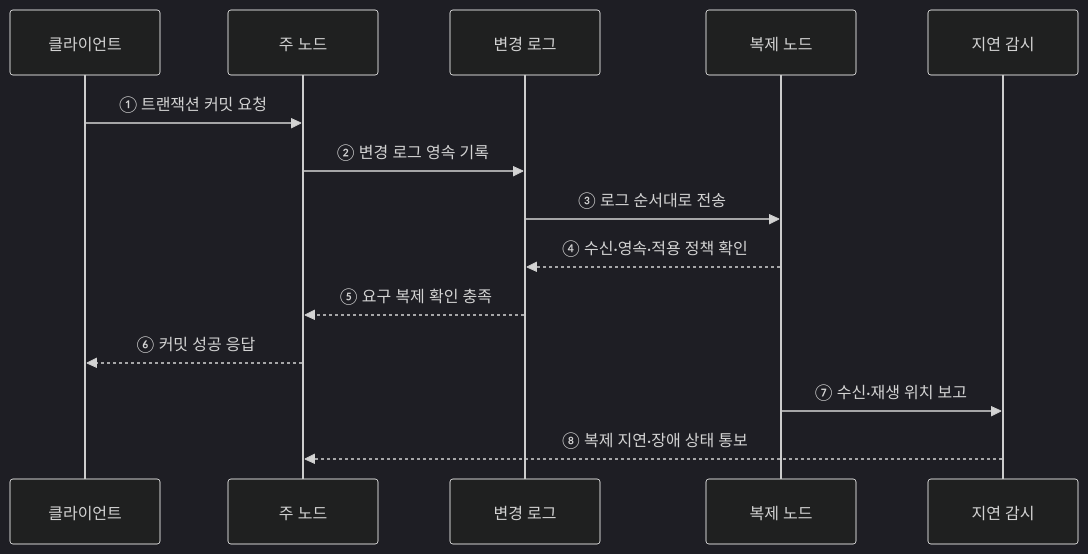
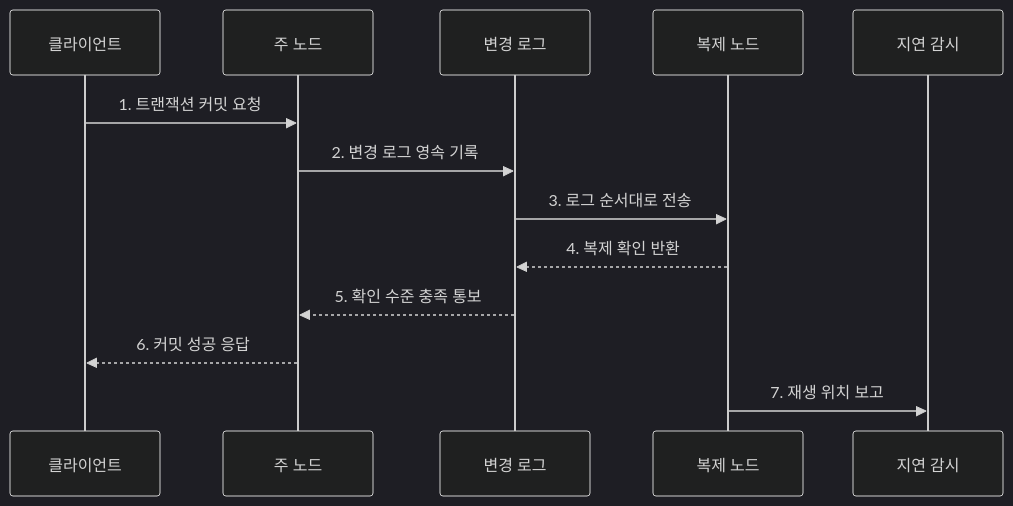
Before and after one commit to agnusdei1207/knowledge-base: the second of 2 diagrams in src/content/docs/notes/03-software/100_database_replication.md, drawn with Mermaid (dark theme). The commit also changed other lines of this file and 20 other files, not shown here.

````diff
--- a/src/content/docs/notes/03-software/100_database_replication.md
+++ b/src/content/docs/notes/03-software/100_database_replication.md
@@ -71,16 +77,15 @@
 ```mermaid
 sequenceDiagram
     participant C as 클라이언트
     participant P as 주 노드
     participant L as 변경 로그
     participant R as 복제 노드
     participant M as 지연 감시
-    C->>P: ① 트랜잭션 커밋 요청
-    P->>L: ② 변경 로그 영속 기록
-    L->>R: ③ 로그 순서대로 전송
-    R-->>L: ④ 수신·영속·적용 정책 확인
-    L-->>P: ⑤ 요구 복제 확인 충족
-    P-->>C: ⑥ 커밋 성공 응답
-    R->>M: ⑦ 수신·재생 위치 보고
-    M-->>P: ⑧ 복제 지연·장애 상태 통보
+    C->>P: 1. 트랜잭션 커밋 요청
+    P->>L: 2. 변경 로그 영속 기록
+    L->>R: 3. 로그 순서대로 전송
+    R-->>L: 4. 복제 확인 반환
+    L-->>P: 5. 확인 수준 충족 통보
+    P-->>C: 6. 커밋 성공 응답
+    R->>M: 7. 재생 위치 보고
 ```
````
